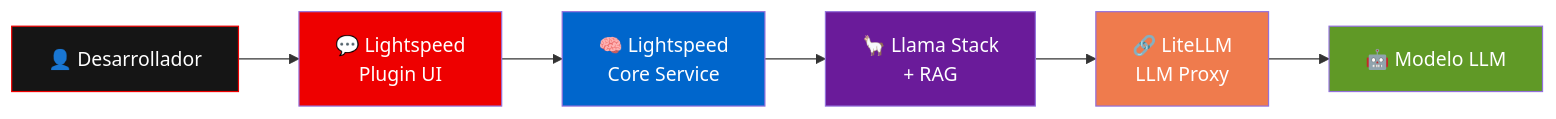
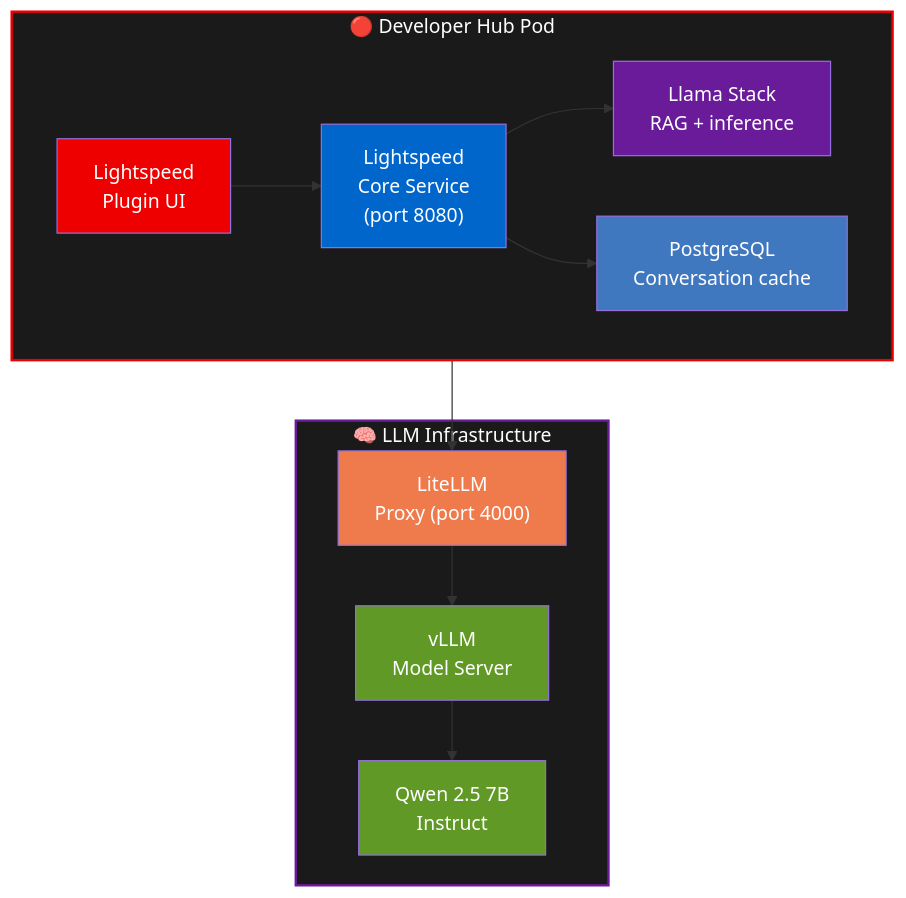
The first of 5 diagrams in docs/09-lightspeed-notifications.md (maximilianoPizarro/test-drive-pe-oscg), drawn with Mermaid before and after one commit. The commit also changed other lines of this file and 9 other files, not shown here.

````diff
--- a/docs/09-lightspeed-notifications.md
+++ b/docs/09-lightspeed-notifications.md
@@ -44,15 +15,33 @@
 ```mermaid
-graph LR
-    DEV["👤 Desarrollador"] --> LS["💬 Lightspeed<br/>Plugin UI"]
-    LS --> LCS["🧠 Lightspeed<br/>Core Service"]
-    LCS --> LLAMA["🦙 Llama Stack<br/>+ RAG"]
-    LLAMA --> LITELLM["🔗 LiteLLM<br/>LLM Proxy"]
-    LITELLM --> MODEL["🤖 Modelo LLM"]
+graph TB
+    subgraph RHDH ["🔴 Developer Hub Pod"]
+        direction LR
+        UI["Lightspeed<br/>Plugin UI"]
+        CORE["Lightspeed<br/>Core Service<br/>(port 8080)"]
+        LLAMA["Llama Stack<br/>RAG + inference"]
+        PG["PostgreSQL<br/>Conversation cache"]
+    end
 
-    style DEV fill:#151515,color:#fff,stroke:#EE0000
-    style LS fill:#EE0000,color:#fff
-    style LCS fill:#0066CC,color:#fff
+    subgraph LLM_INFRA ["🧠 LLM Infrastructure"]
+        LITELLM["LiteLLM<br/>Proxy (port 4000)"]
+        VLLM["vLLM<br/>Model Server"]
+        MODEL["Qwen 2.5 7B<br/>Instruct"]
+    end
+
+    UI --> CORE
+    CORE --> LLAMA
+    CORE --> PG
+    LLAMA --> LITELLM
+    LITELLM --> VLLM
+    VLLM --> MODEL
+
+    style RHDH fill:#1a1a1a,color:#fff,stroke:#EE0000,stroke-width:2px
+    style LLM_INFRA fill:#1a1a1a,color:#fff,stroke:#6a1b9a,stroke-width:2px
+    style UI fill:#EE0000,color:#fff
+    style CORE fill:#0066CC,color:#fff
     style LLAMA fill:#6a1b9a,color:#fff
+    style PG fill:#4078c0,color:#fff
     style LITELLM fill:#ef7b4d,color:#fff
+    style VLLM fill:#609926,color:#fff
     style MODEL fill:#609926,color:#fff
 ```
````
